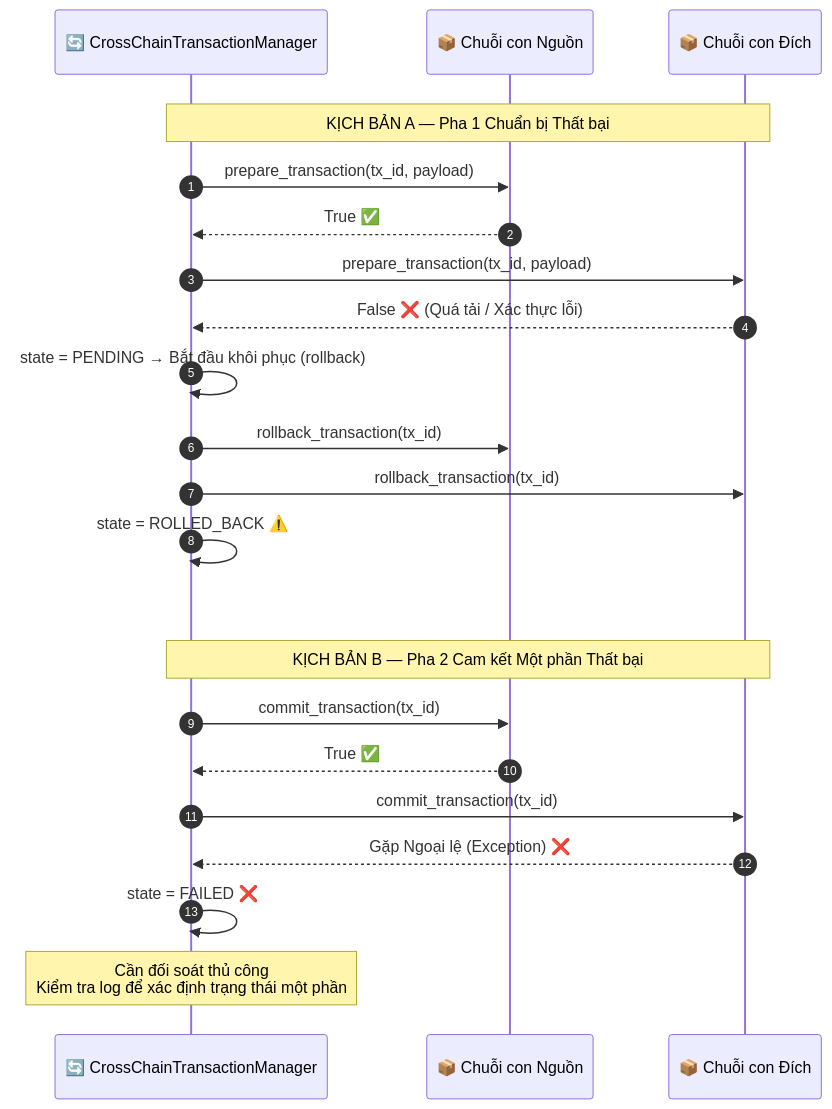
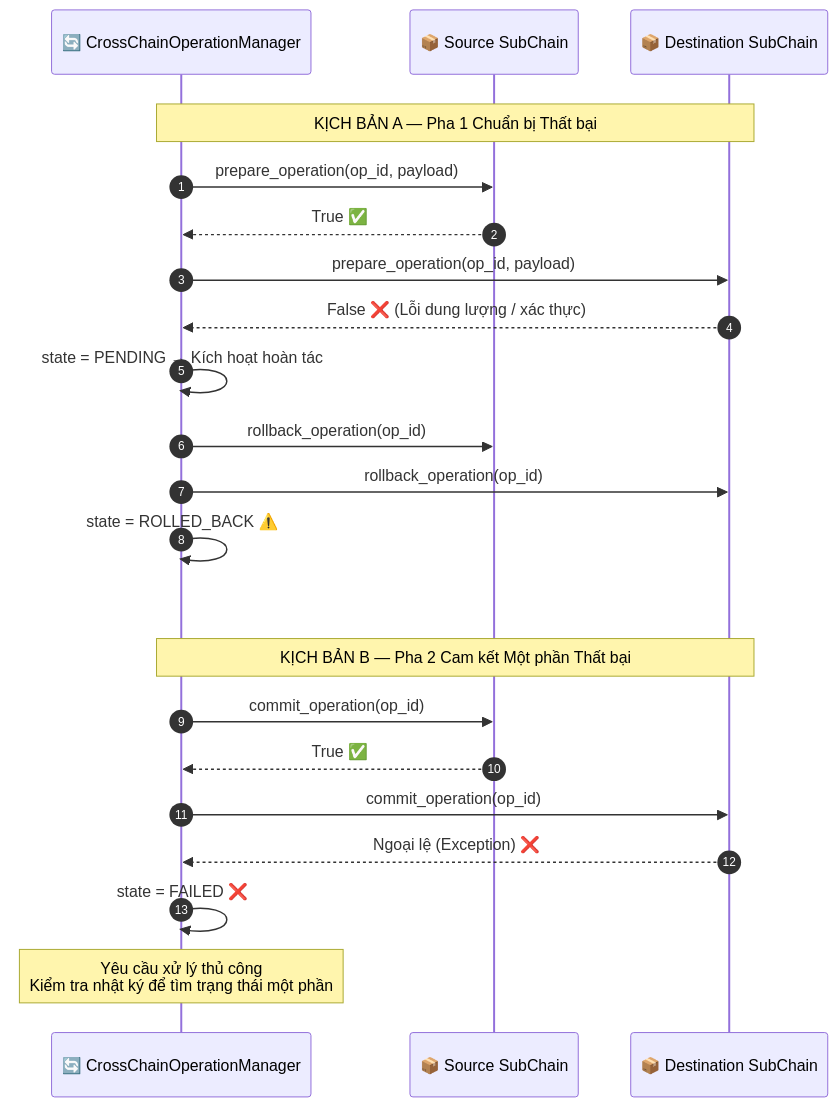
One commit to VanDung-dev/HieraChain changed the second of 3 diagrams in docs/vi/workflows/cross-chain-2pc.md. Above: the diagram before and after it, drawn with Mermaid. The commit also changed other lines of this file and 20 other files, not shown here.

First line of the commit message:
docs: sync schema changes, update file paths, and improve consistency

````diff
--- a/docs/vi/workflows/cross-chain-2pc.md
+++ b/docs/vi/workflows/cross-chain-2pc.md
@@ -59,29 +59,29 @@
 ```mermaid
 sequenceDiagram
     autonumber
-    participant TM as 🔄 CrossChainTransactionManager
-    participant SRC as 📦 Chuỗi con Nguồn
-    participant DST as 📦 Chuỗi con Đích
+    participant TM as 🔄 CrossChainOperationManager
+    participant SRC as 📦 Source SubChain
+    participant DST as 📦 Destination SubChain
 
     rect rgb(0, 0, 0, 0)
         Note over TM,DST: KỊCH BẢN A — Pha 1 Chuẩn bị Thất bại
-        TM->>SRC: prepare_transaction(tx_id, payload)
+        TM->>SRC: prepare_operation(op_id, payload)
         SRC-->>TM: True ✅
-        TM->>DST: prepare_transaction(tx_id, payload)
-        DST-->>TM: False ❌  (Quá tải / Xác thực lỗi)
-        TM->>TM: state = PENDING → Bắt đầu khôi phục (rollback)
-        TM->>SRC: rollback_transaction(tx_id)
-        TM->>DST: rollback_transaction(tx_id)
+        TM->>DST: prepare_operation(op_id, payload)
+        DST-->>TM: False ❌  (Lỗi dung lượng / xác thực)
+        TM->>TM: state = PENDING → Kích hoạt hoàn tác
+        TM->>SRC: rollback_operation(op_id)
+        TM->>DST: rollback_operation(op_id)
         TM->>TM: state = ROLLED_BACK ⚠️
     end
 
     rect rgb(0, 0, 0, 0)
         Note over TM,DST: KỊCH BẢN B — Pha 2 Cam kết Một phần Thất bại
-        TM->>SRC: commit_transaction(tx_id)
+        TM->>SRC: commit_operation(op_id)
         SRC-->>TM: True ✅
-        TM->>DST: commit_transaction(tx_id)
-        DST-->>TM: Gặp Ngoại lệ (Exception) ❌
+        TM->>DST: commit_operation(op_id)
+        DST-->>TM: Ngoại lệ (Exception) ❌
         TM->>TM: state = FAILED ❌
-        Note over TM: Cần đối soát thủ công<br/>Kiểm tra log để xác định trạng thái một phần
+        Note over TM: Yêu cầu xử lý thủ công<br/>Kiểm tra nhật ký để tìm trạng thái một phần
     end
 ```
````
